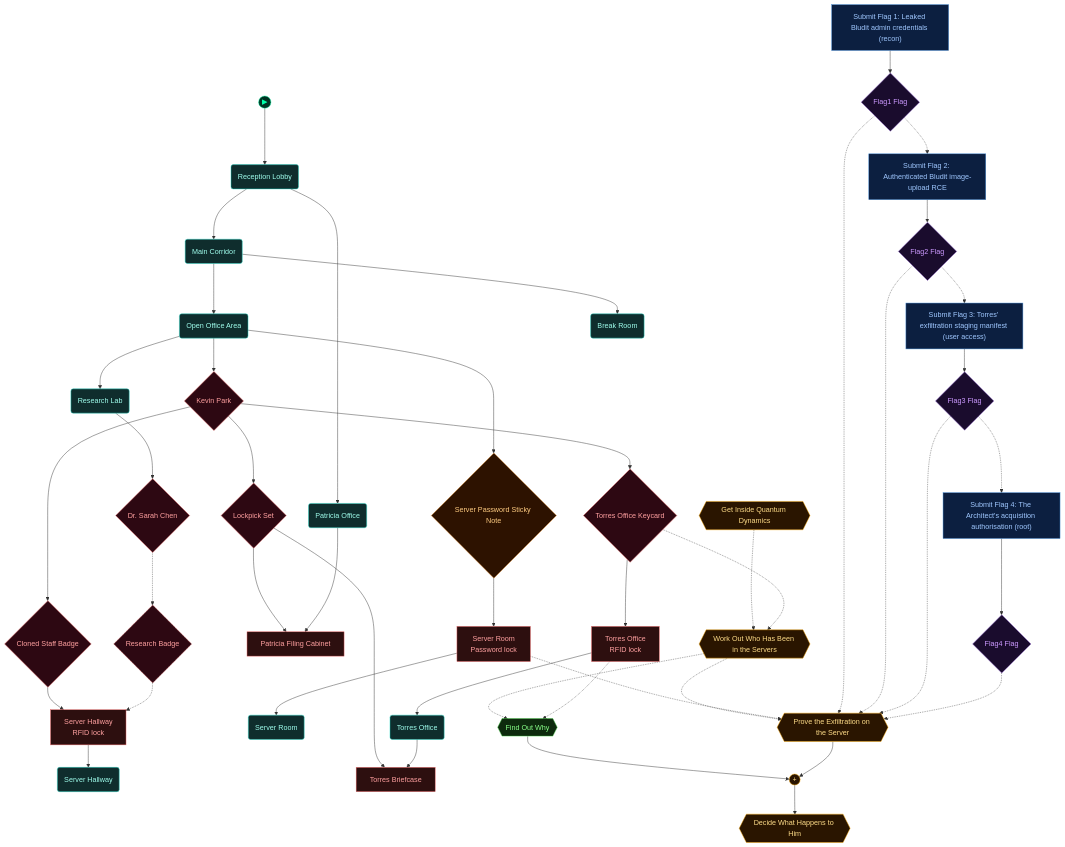
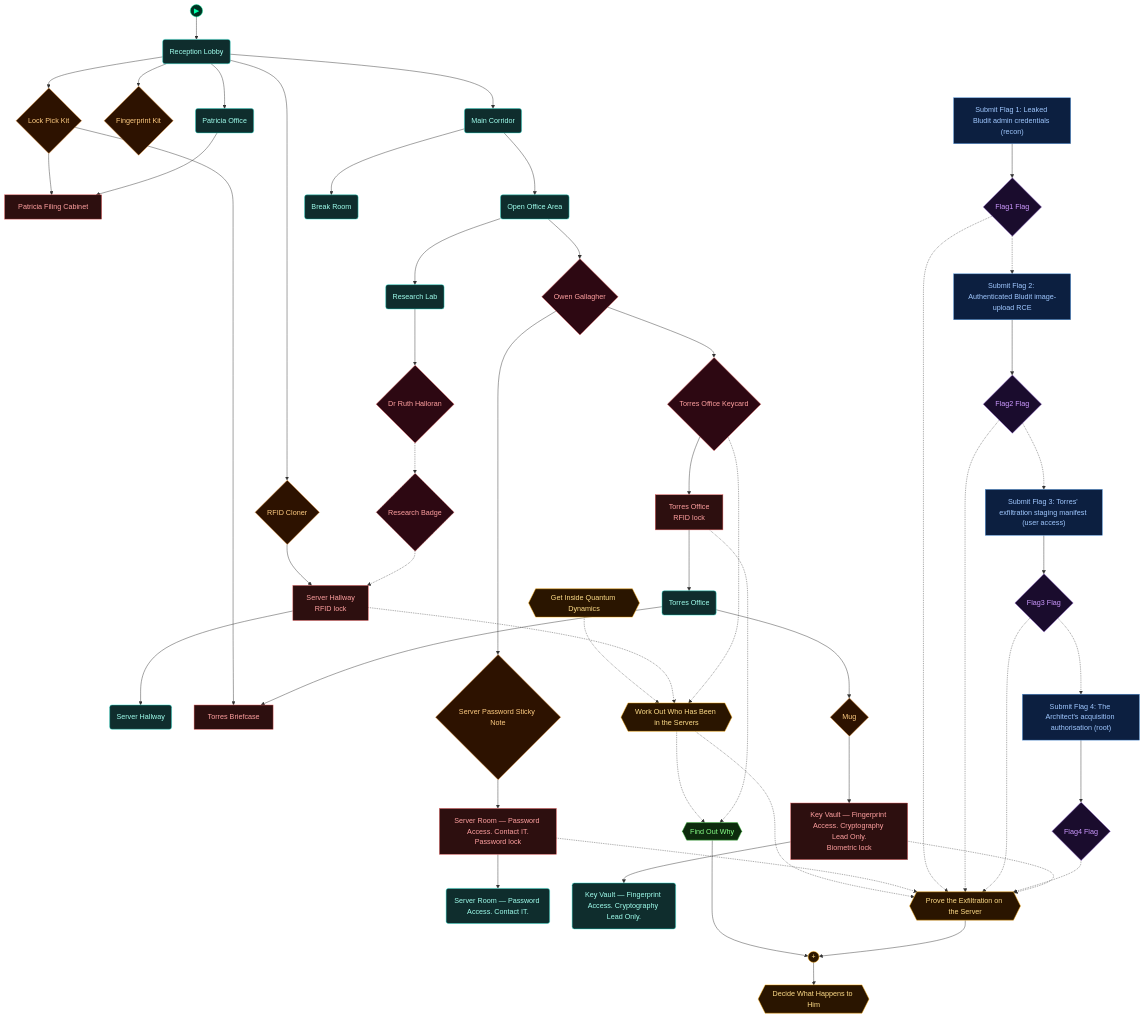
The third of 5 diagrams in scenarios/m05_insider_trading/dungeon_graph.md (cliffe/BreakEscape), drawn with Mermaid before and after one commit. The commit also changed other lines of this file and 53 other files, not shown here.

```diff
--- a/scenarios/m05_insider_trading/dungeon_graph.md
+++ b/scenarios/m05_insider_trading/dungeon_graph.md
@@ -209,19 +217,24 @@
 
   door_server_hallway["Server Hallway<br/>RFID lock"]
   server_hallway("Server Hallway")
-  door_server_room["Server Room<br/>Password lock"]
-  server_room("Server Room")
+  door_server_room["Server Room — Password Access. Contact IT.<br/>Password lock"]
+  server_room("Server Room — Password Access. Contact IT.")
   door_torres_office["Torres Office<br/>RFID lock"]
   torres_office("Torres Office")
-  open_office_area("Open Office Area")
-  server_password_sticky_note{"Server Password Sticky Note"}
-  npc_kevin_park{"Kevin Park"}
-  lockpick_set{"Lockpick Set"}
+  door_data_center["Key Vault — Fingerprint Access. Cryptography Lead Only.<br/>Biometric lock"]
+  data_center("Key Vault — Fingerprint Access. Cryptography Lead Only.")
+  reception_lobby("Reception Lobby")
+  lock_pick_kit{"Lock Pick Kit"}
   lock_torres_briefcase["Torres Briefcase"]
   lock_patricia_filing_cabinet["Patricia Filing Cabinet"]
+  rfid_cloner{"RFID Cloner"}
+  fingerprint_kit{"Fingerprint Kit"}
+  npc_owen_gallagher{"Owen Gallagher"}
+  open_office_area("Open Office Area")
   torres_office_keycard{"Torres Office Keycard"}
-  cloned_staff_badge{"Cloned Staff Badge"}
-  npc_dr_sarah_chen{"Dr. Sarah Chen"}
+  server_password_sticky_note{"Server Password Sticky Note"}
+  mug{"Mug"}
+  npc_dr_ruth_halloran{"Dr Ruth Halloran"}
   research_lab("Research Lab")
   research_badge{"Research Badge"}
   vmch_submit_flag1["Submit Flag 1: Leaked Bludit admin credentials (recon)"]
@@ -232,7 +245,6 @@
   vmfl_submit_flag3{"Flag3 Flag"}
   vmch_submit_flag4["Submit Flag 4: The Architect's acquisition authorisation (root)"]
   vmfl_submit_flag4{"Flag4 Flag"}
-  reception_lobby("Reception Lobby")
   main_corridor("Main Corridor")
   patricia_office("Patricia Office")
   break_room("Break Room")
@@ -246,19 +258,23 @@
   door_server_hallway --> server_hallway
   door_server_room --> server_room
   door_torres_office --> torres_office
-  open_office_area --> server_password_sticky_note
+  door_data_center --> data_center
+  reception_lobby --> lock_pick_kit
+  lock_pick_kit --> lock_torres_briefcase
+  lock_pick_kit --> lock_patricia_filing_cabinet
+  reception_lobby --> rfid_cloner
+  rfid_cloner --> door_server_hallway
+  reception_lobby --> fingerprint_kit
+  open_office_area --> npc_owen_gallagher
+  npc_owen_gallagher --> torres_office_keycard
+  torres_office_keycard --> door_torres_office
+  npc_owen_gallagher --> server_password_sticky_note
   server_password_sticky_note --> door_server_room
-  open_office_area --> npc_kevin_park
-  npc_kevin_park --> lockpick_set
-  lockpick_set --> lock_torres_briefcase
-  lockpick_set --> lock_patricia_filing_cabinet
-  npc_kevin_park --> torres_office_keycard
-  torres_office_keycard --> door_torres_office
-  npc_kevin_park --> cloned_staff_badge
-  cloned_staff_badge --> door_server_hallway
+  torres_office --> mug
+  mug --> door_data_center
   torres_office --> lock_torres_briefcase
-  research_lab --> npc_dr_sarah_chen
-  npc_dr_sarah_chen -.-> research_badge
+  research_lab --> npc_dr_ruth_halloran
+  npc_dr_ruth_halloran -.-> research_badge
   research_badge -.-> door_server_hallway
   patricia_office --> lock_patricia_filing_cabinet
   vmch_submit_flag1 --> vmfl_submit_flag1
@@ -279,6 +295,7 @@
   aim_gather_evidence --> aim_andgate_confront_insider
   aim_exploit_infrastructure --> aim_andgate_confront_insider
   aim_andgate_confront_insider --> aim_confront_insider
+  door_server_hallway -.-> aim_investigate_employees
   torres_office_keycard -.-> aim_investigate_employees
   door_torres_office -.-> aim_gather_evidence
   door_server_room -.-> aim_exploit_infrastructure
@@ -286,11 +303,12 @@
   vmfl_submit_flag2 -.-> aim_exploit_infrastructure
   vmfl_submit_flag3 -.-> aim_exploit_infrastructure
   vmfl_submit_flag4 -.-> aim_exploit_infrastructure
+  door_data_center -.-> aim_exploit_infrastructure
 
-  class door_server_hallway,door_server_room,door_torres_office,lock_torres_briefcase,lock_patricia_filing_cabinet lock
-  class server_hallway,server_room,torres_office,open_office_area,research_lab,reception_lobby,main_corridor,patricia_office,break_room room
-  class server_password_sticky_note item
-  class npc_kevin_park,lockpick_set,torres_office_keycard,cloned_staff_badge,npc_dr_sarah_chen,research_badge key
+  class door_server_hallway,door_server_room,door_torres_office,door_data_center,lock_torres_briefcase,lock_patricia_filing_cabinet lock
+  class server_hallway,server_room,torres_office,data_center,reception_lobby,open_office_area,research_lab,main_corridor,patricia_office,break_room room
+  class lock_pick_kit,rfid_cloner,fingerprint_kit,server_password_sticky_note,mug item
+  class npc_owen_gallagher,torres_office_keycard,npc_dr_ruth_halloran,research_badge key
   class vmch_submit_flag1,vmch_submit_flag2,vmch_submit_flag3,vmch_submit_flag4 vm
   class vmfl_submit_flag1,vmfl_submit_flag2,vmfl_submit_flag3,vmfl_submit_flag4 flag
   class aim_establish_access,aim_investigate_employees,aim_exploit_infrastructure,aim_confront_insider,aim_andgate_confront_insider critical
```
